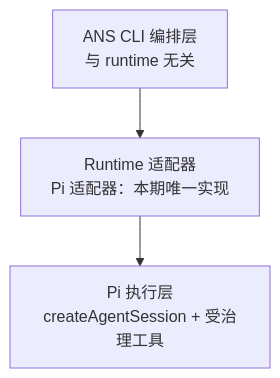
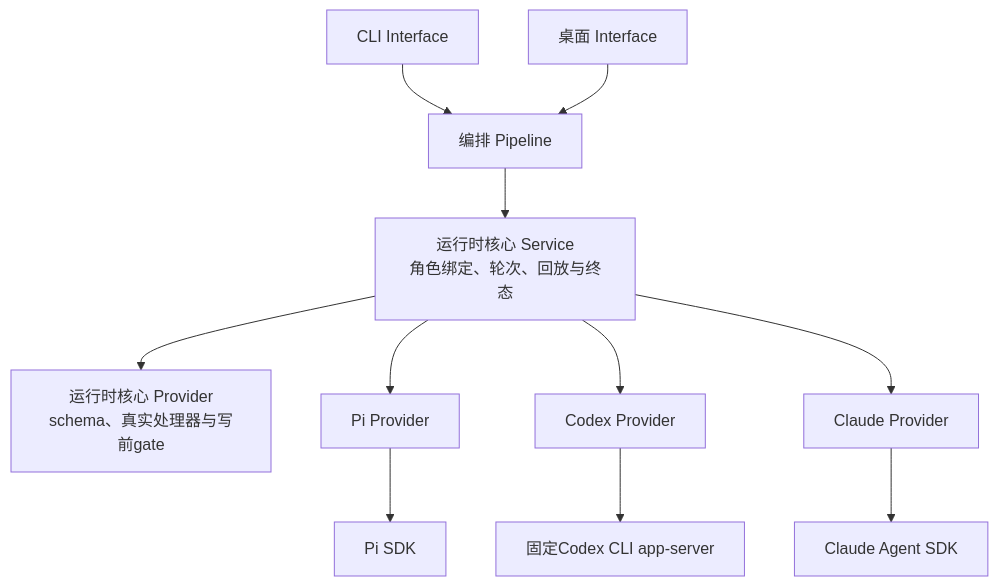
Before and after one commit to wangzhongren/ans-studio: the second of 2 diagrams in 角色卡/项目管理/docs/architecture.md, drawn with Mermaid. The commit also changed other lines of this file and 399 other files, not shown here.

First line of the commit message:
feat: 接入 Codex 和 Claude 并建立运行时接入组

````diff
--- a/角色卡/项目管理/docs/architecture.md
+++ b/角色卡/项目管理/docs/architecture.md
@@ -106,5 +110,13 @@
 ```mermaid
 flowchart TD
-    cli[ANS CLI 编排层<br/>与 runtime 无关] --> adapter[Runtime 适配器<br/>Pi 适配器：本期唯一实现]
-    adapter --> pi[Pi 执行层<br/>createAgentSession + 受治理工具]
+    cli[CLI Interface] --> pipeline[编排 Pipeline]
+    desktop[桌面 Interface] --> pipeline
+    pipeline --> core[运行时核心 Service<br/>角色绑定、轮次、回放与终态]
+    core --> tools[运行时核心 Provider<br/>schema、真实处理器与写前gate]
+    core --> pi[Pi Provider]
+    core --> codex[Codex Provider]
+    core --> claude[Claude Provider]
+    pi --> pisdk[Pi SDK]
+    codex --> codexserver[固定Codex CLI app-server]
+    claude --> claudesdk[Claude Agent SDK]
 ```
````
